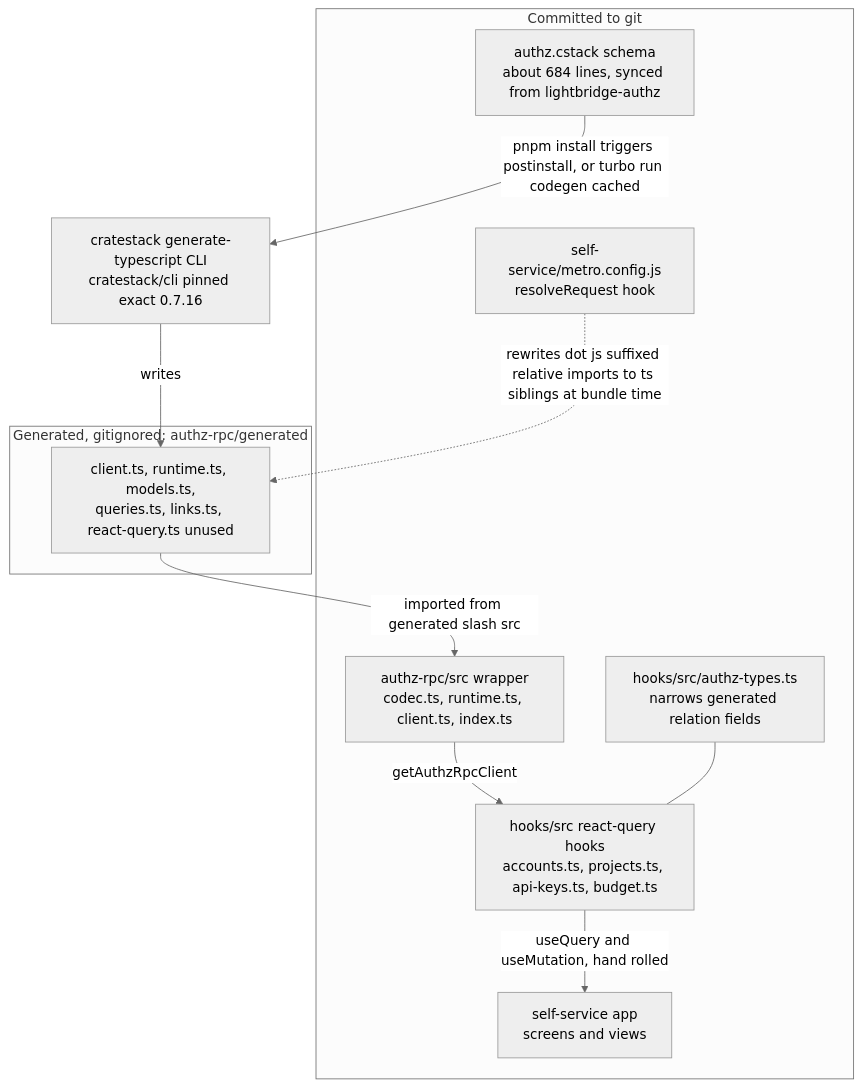
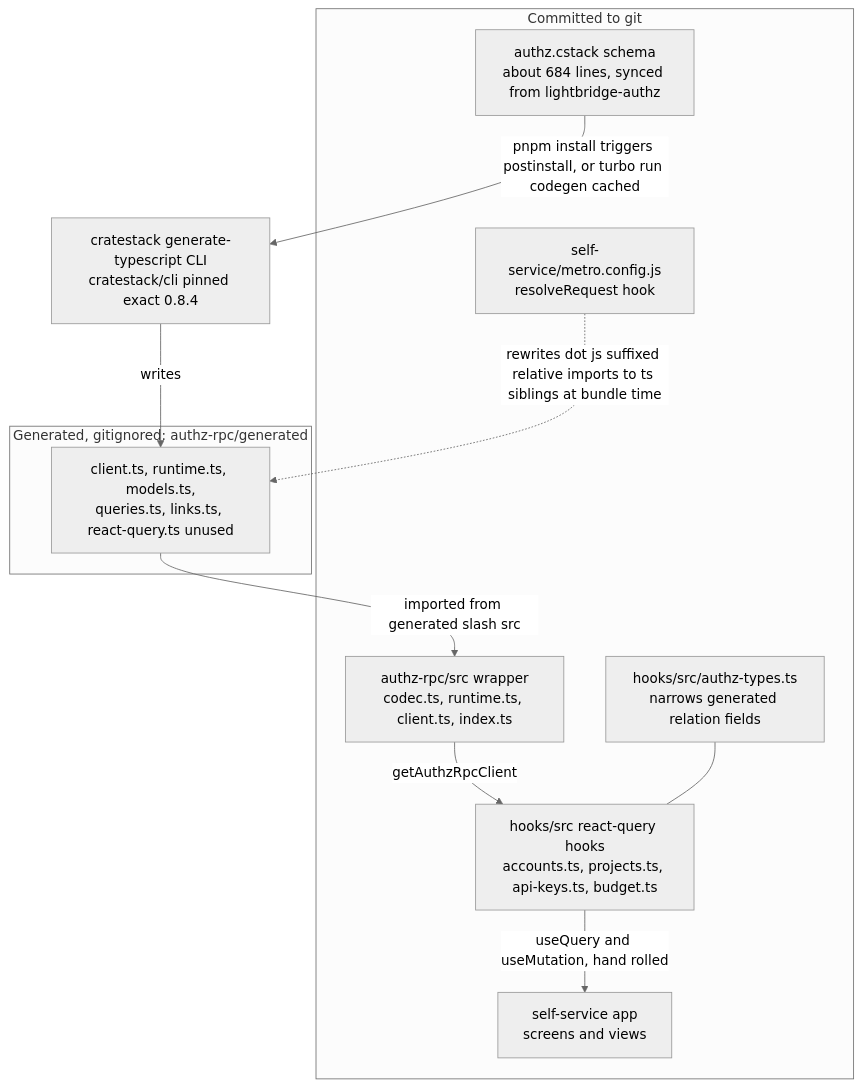
The first of 2 diagrams in docs/knowledge/rpc-and-codegen.md (ADORSYS-GIS/converse-frontends), drawn with Mermaid (neutral theme) before and after one commit. The commit also changed other lines of this file and 12 other files, not shown here.

````diff
--- a/docs/knowledge/rpc-and-codegen.md
+++ b/docs/knowledge/rpc-and-codegen.md
@@ -26,23 +26,23 @@
 ```mermaid
 flowchart TD
     subgraph committed["Committed to git"]
         schema["authz.cstack schema<br/>about 684 lines, synced from lightbridge-authz"]
         wrapper["authz-rpc/src wrapper<br/>codec.ts, runtime.ts, client.ts, index.ts"]
         hooktypes["hooks/src/authz-types.ts<br/>narrows generated relation fields"]
         hooks["hooks/src react-query hooks<br/>accounts.ts, projects.ts, api-keys.ts, budget.ts"]
         ui["self-service app<br/>screens and views"]
         metro["self-service/metro.config.js<br/>resolveRequest hook"]
     end
     subgraph gen["Generated, gitignored: authz-rpc/generated"]
         genfiles["client.ts, runtime.ts, models.ts,<br/>queries.ts, links.ts, react-query.ts unused"]
     end
-    cli["cratestack generate-typescript CLI<br/>cratestack/cli pinned exact 0.7.16"]
+    cli["cratestack generate-typescript CLI<br/>cratestack/cli pinned exact 0.8.4"]
 
     schema -->|pnpm install triggers postinstall, or turbo run codegen cached| cli
     cli -->|writes| genfiles
     genfiles -->|imported from generated slash src| wrapper
     wrapper -->|getAuthzRpcClient| hooks
     hooktypes --- hooks
     hooks -->|useQuery and useMutation, hand rolled| ui
     metro -.->|rewrites dot js suffixed relative imports to ts siblings at bundle time| genfiles
 ```
````
